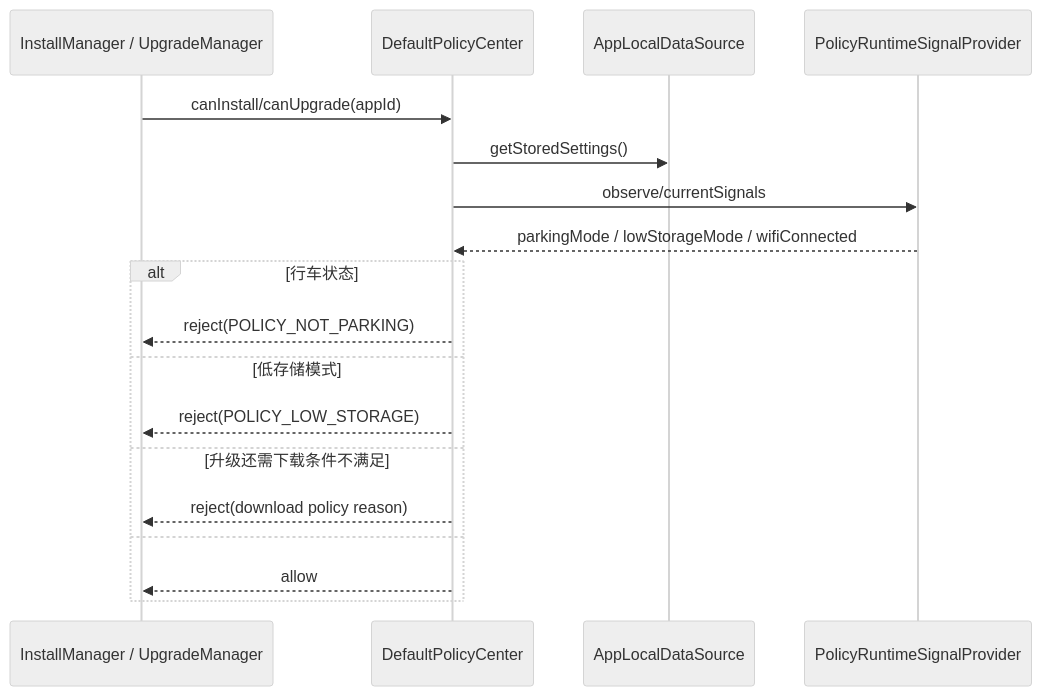
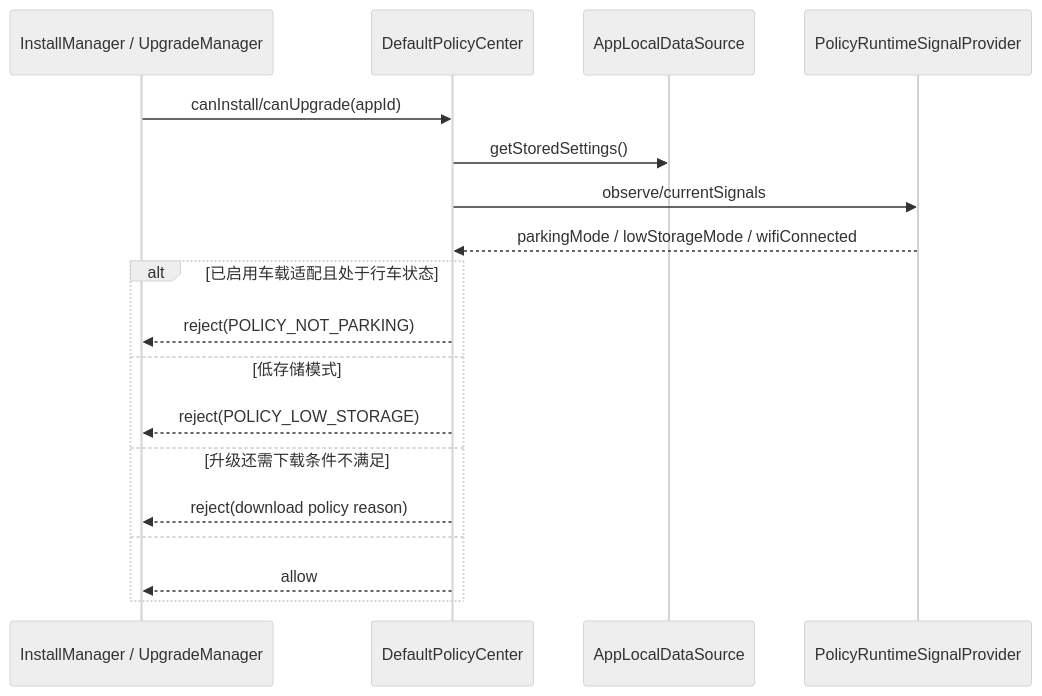
Before and after one commit to XZQ/CarAppStore: the fourth of 4 diagrams in docs/13-策略中心架构与流程.md, drawn with Mermaid (neutral theme). The commit also changed other lines of this file and 36 other files, not shown here.

````diff
--- a/docs/13-策略中心架构与流程.md
+++ b/docs/13-策略中心架构与流程.md
@@ -123,22 +123,22 @@
 ```mermaid
 sequenceDiagram
 participant IM as InstallManager / UpgradeManager
 participant PC as DefaultPolicyCenter
 participant LOCAL as AppLocalDataSource
 participant SIGNAL as PolicyRuntimeSignalProvider
 
 IM->>PC: canInstall/canUpgrade(appId)
 PC->>LOCAL: getStoredSettings()
 PC->>SIGNAL: observe/currentSignals
 SIGNAL-->>PC: parkingMode / lowStorageMode / wifiConnected
 
-alt 行车状态
+alt 已启用车载适配且处于行车状态
     PC-->>IM: reject(POLICY_NOT_PARKING)
 else 低存储模式
     PC-->>IM: reject(POLICY_LOW_STORAGE)
 else 升级还需下载条件不满足
     PC-->>IM: reject(download policy reason)
 else
     PC-->>IM: allow
 end
 ```
````
